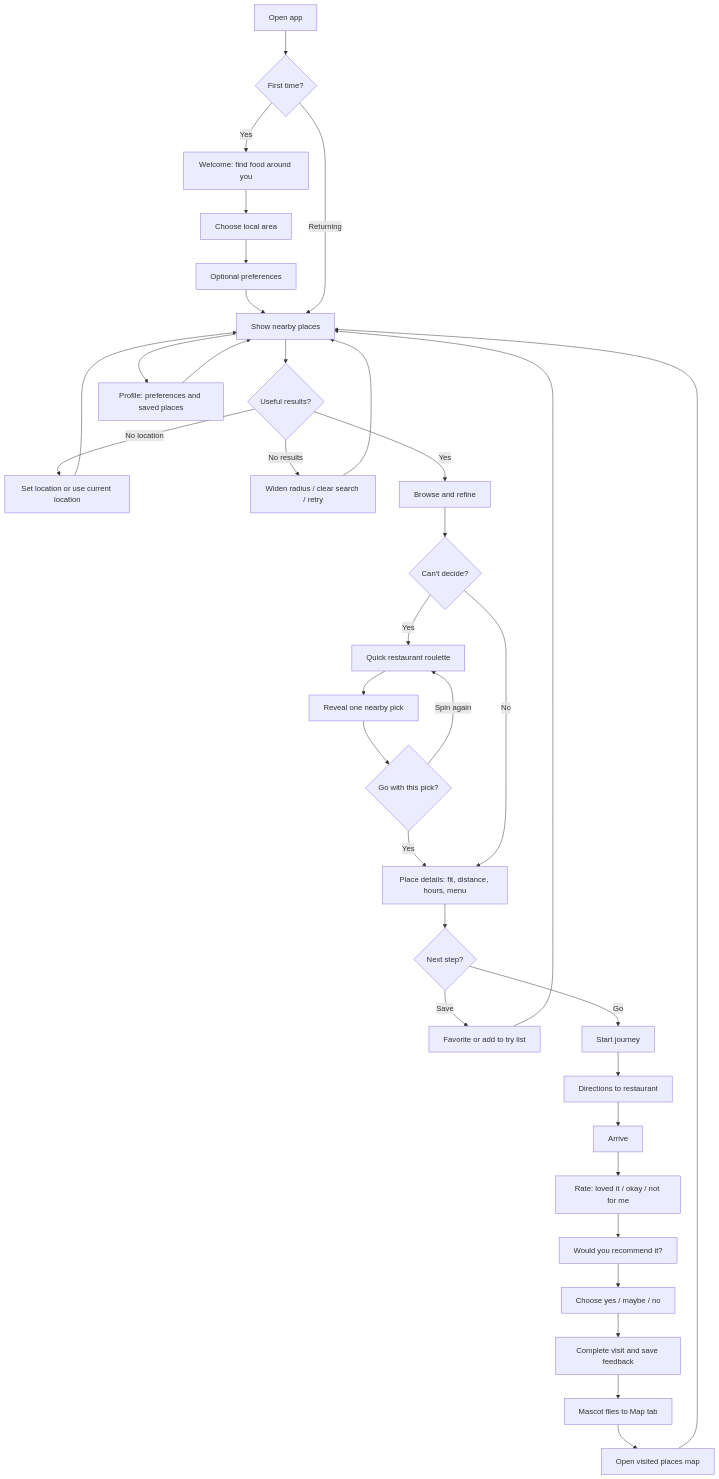
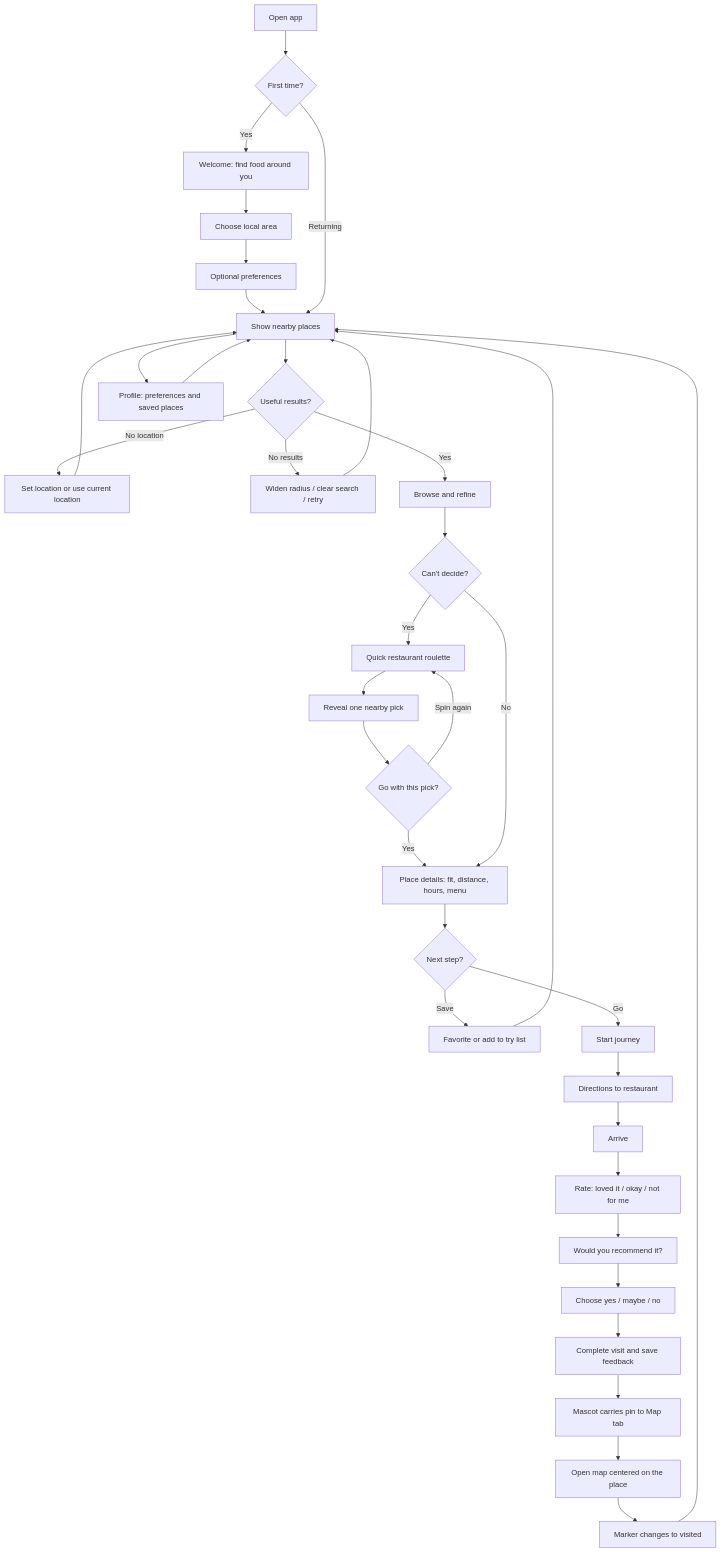
The second of 2 diagrams in docs/flow-design-plan.md (cudldev/lunumi), drawn with Mermaid before and after one commit. The commit also changed other lines of this file and 5 other files, not shown here.

````diff
--- a/docs/flow-design-plan.md
+++ b/docs/flow-design-plan.md
@@ -37,37 +37,38 @@
 ```mermaid
 flowchart TD
   A[Open app] --> B{First time?}
   B -- Yes --> C[Welcome: find food around you]
   C --> D[Choose local area]
   D --> E[Optional preferences]
   E --> F[Show nearby places]
   B -- Returning --> F
   F --> G{Useful results?}
   G -- No location --> H[Set location or use current location]
   H --> F
   G -- No results --> I[Widen radius / clear search / retry]
   I --> F
   G -- Yes --> J[Browse and refine]
   J --> R{Can't decide?}
   R -- Yes --> S[Quick restaurant roulette]
   S --> T[Reveal one nearby pick]
   T --> RA{Go with this pick?}
   RA -- Yes --> K
   RA -- Spin again --> S
   R -- No --> K[Place details: fit, distance, hours, menu]
   K --> L{Next step?}
   L -- Save --> M[Favorite or add to try list]
   L -- Go --> N[Start journey]
   N --> O[Directions to restaurant]
   O --> P[Arrive]
   P --> Q[Rate: loved it / okay / not for me]
   Q --> U[Would you recommend it?]
   U --> V[Choose yes / maybe / no]
   V --> W[Complete visit and save feedback]
-  W --> Y[Mascot flies to Map tab]
-  Y --> Z[Open visited places map]
-  Z --> F
+  W --> Y[Mascot carries pin to Map tab]
+  Y --> Z[Open map centered on the place]
+  Z --> A1[Marker changes to visited]
+  A1 --> F
   M --> F
   F --> X[Profile: preferences and saved places]
   X --> F
 ```
````
